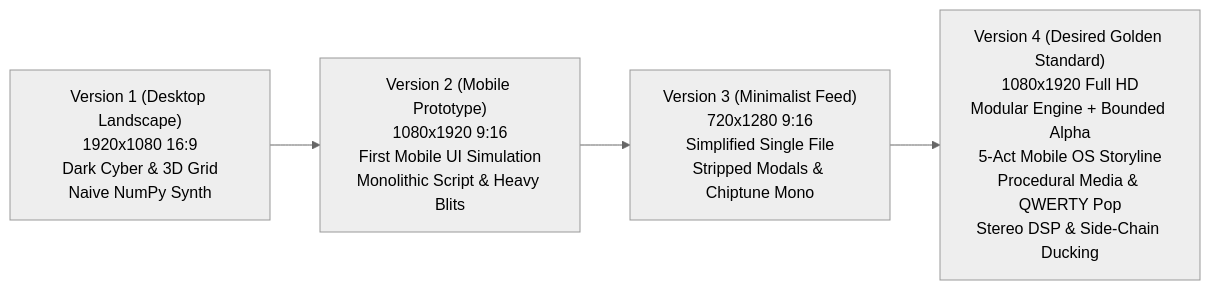
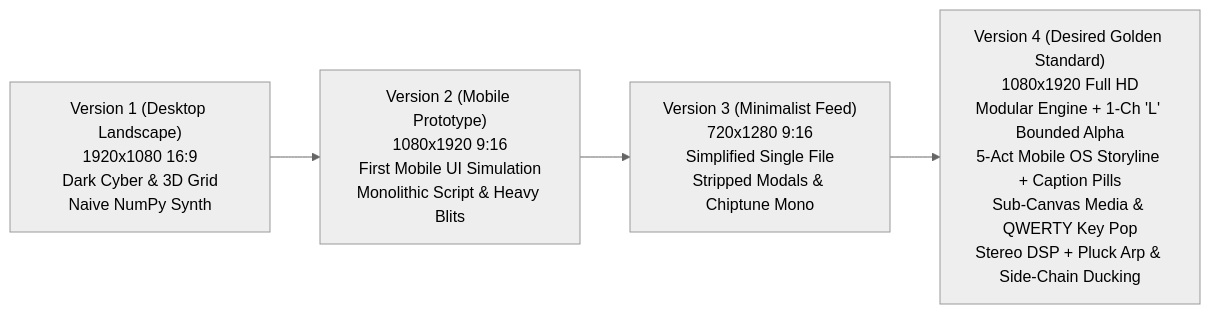
One commit to gnustella-lab/procedural-motion-graphics changed the second of 2 diagrams in references/vertical-mobile-ad-architecture.md. Above: the diagram before and after it, drawn with Mermaid (neutral theme). The commit also changed other lines of this file and 9 other files, not shown here.

First line of the commit message:
feat(motion): update procedural motion graphics skill to V4 golden standard

````diff
--- a/references/vertical-mobile-ad-architecture.md
+++ b/references/vertical-mobile-ad-architecture.md
@@ -19,6 +19,6 @@
 ```mermaid
 flowchart LR
     V1["Version 1 (Desktop Landscape)<br/>1920x1080 16:9<br/>Dark Cyber & 3D Grid<br/>Naive NumPy Synth"] --> V2["Version 2 (Mobile Prototype)<br/>1080x1920 9:16<br/>First Mobile UI Simulation<br/>Monolithic Script & Heavy Blits"]
     V2 --> V3["Version 3 (Minimalist Feed)<br/>720x1280 9:16<br/>Simplified Single File<br/>Stripped Modals & Chiptune Mono"]
-    V3 --> V4["Version 4 (Desired Golden Standard)<br/>1080x1920 Full HD<br/>Modular Engine + Bounded Alpha<br/>5-Act Mobile OS Storyline<br/>Procedural Media & QWERTY Pop<br/>Stereo DSP & Side-Chain Ducking"]
+    V3 --> V4["Version 4 (Desired Golden Standard)<br/>1080x1920 Full HD<br/>Modular Engine + 1-Ch 'L' Bounded Alpha<br/>5-Act Mobile OS Storyline + Caption Pills<br/>Sub-Canvas Media & QWERTY Key Pop<br/>Stereo DSP + Pluck Arp & Side-Chain Ducking"]
 ```
````
